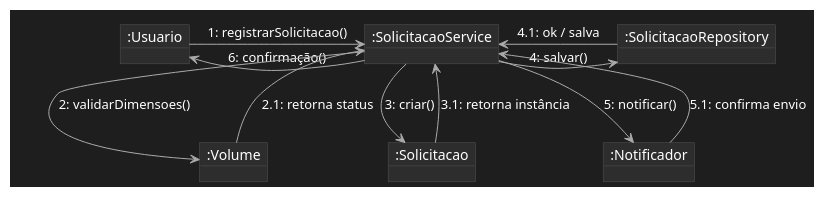
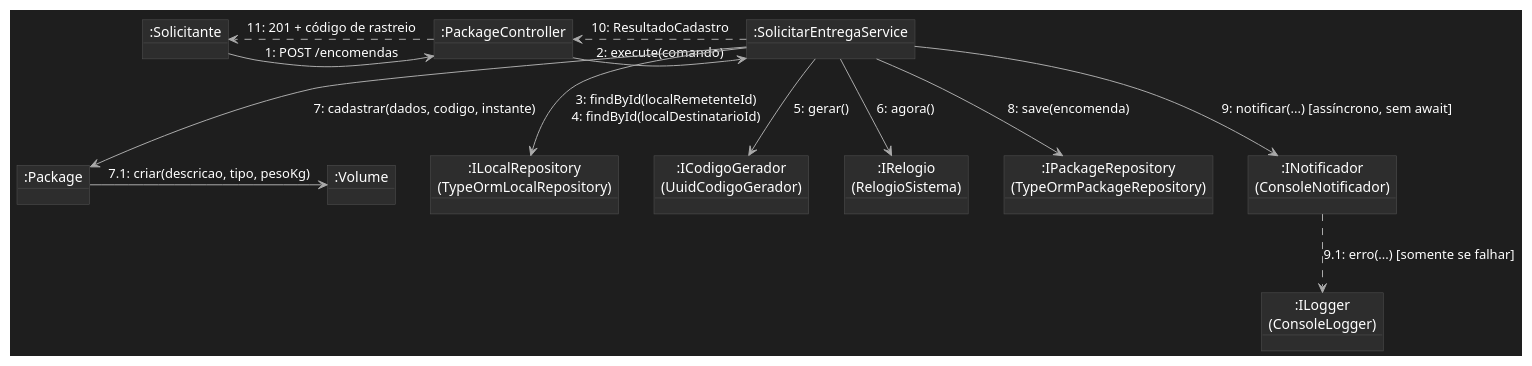
One commit to SeltonMiranda/DesignDeSoftware changed the diagram in docs/diagramas/comunicacao.puml. Above: the diagram before and after it, drawn with PlantUML. The commit also changed 42 other files, not shown here.

Commit message:
:sparkles: feat: Arrumado dominio e diagramas

```diff
--- a/docs/diagramas/comunicacao.puml
+++ b/docs/diagramas/comunicacao.puml
@@ -1,60 +1,44 @@
 @startuml
+' Diagrama de comunicação — cadastro de encomenda (POST /encomendas)
 
 skinparam backgroundColor #1E1E1E
-
 skinparam defaultFontColor #FFFFFF
 skinparam ArrowColor #AAAAAA
-
+skinparam shadowing false
 skinparam object {
     BackgroundColor #2D2D2D
     BorderColor #555555
     FontColor #FFFFFF
 }
-
-skinparam participant {
-    BackgroundColor #2D2D2D
-    BorderColor #555555
-    FontColor #FFFFFF
-}
-
 skinparam actor {
     BackgroundColor #2D2D2D
     BorderColor #555555
     FontColor #FFFFFF
 }
 
-skinparam database {
-    BackgroundColor #2D2D2D
-    BorderColor #555555
-    FontColor #FFFFFF
-}
+object ":Solicitante" as Solicitante
+object ":PackageController" as Ctrl
+object ":SolicitarEntregaService" as Service
+object ":ILocalRepository\n(TypeOrmLocalRepository)" as LocalRepo
+object ":ICodigoGerador\n(UuidCodigoGerador)" as Cod
+object ":IRelogio\n(RelogioSistema)" as Rel
+object ":Package" as Pkg
+object ":Volume" as Vol
+object ":IPackageRepository\n(TypeOrmPackageRepository)" as Repo
+object ":INotificador\n(ConsoleNotificador)" as Notif
+object ":ILogger\n(ConsoleLogger)" as Log
 
-object ":Usuario" as Usuario
-object ":SolicitacaoService" as Service
-object ":SolicitacaoRepository" as Repo
-object ":Volume" as Volume
-object ":Solicitacao" as Solicitacao
-object ":Notificador" as Notif
-
-' Restrições de layout
-Usuario -[hidden]right- Service
-Service -[hidden]right- Repo
-Volume -[hidden]right- Solicitacao
-Solicitacao -[hidden]right- Notif
-
-Usuario --> Service : 1: registrarSolicitacao()
-Service --> Usuario : 6: confirmação()
-
-Service --> Volume : 2: validarDimensoes()
-Volume --> Service : 2.1: retorna status
-
-Service --> Solicitacao : 3: criar()
-Solicitacao --> Service : 3.1: retorna instância
-
-Service --> Repo : 4: salvar()
-Repo --> Service : 4.1: ok / salva
-
-Service --> Notif : 5: notificar()
-Notif --> Service : 5.1: confirma envio
+Solicitante -right-> Ctrl : 1: POST /encomendas
+Ctrl -right-> Service : 2: execute(comando)
+Service -down-> LocalRepo : 3: findById(localRemetenteId)\n4: findById(localDestinatarioId)
+Service -down-> Cod : 5: gerar()
+Service -down-> Rel : 6: agora()
+Service -down-> Pkg : 7: cadastrar(dados, codigo, instante)
+Pkg -right-> Vol : 7.1: criar(descricao, tipo, pesoKg)
+Service -down-> Repo : 8: save(encomenda)
+Service -down-> Notif : 9: notificar(...) [assíncrono, sem await]
+Notif ..> Log : 9.1: erro(...) [somente se falhar]
+Service ..> Ctrl : 10: ResultadoCadastro
+Ctrl ..> Solicitante : 11: 201 + código de rastreio
 
 @enduml
```
